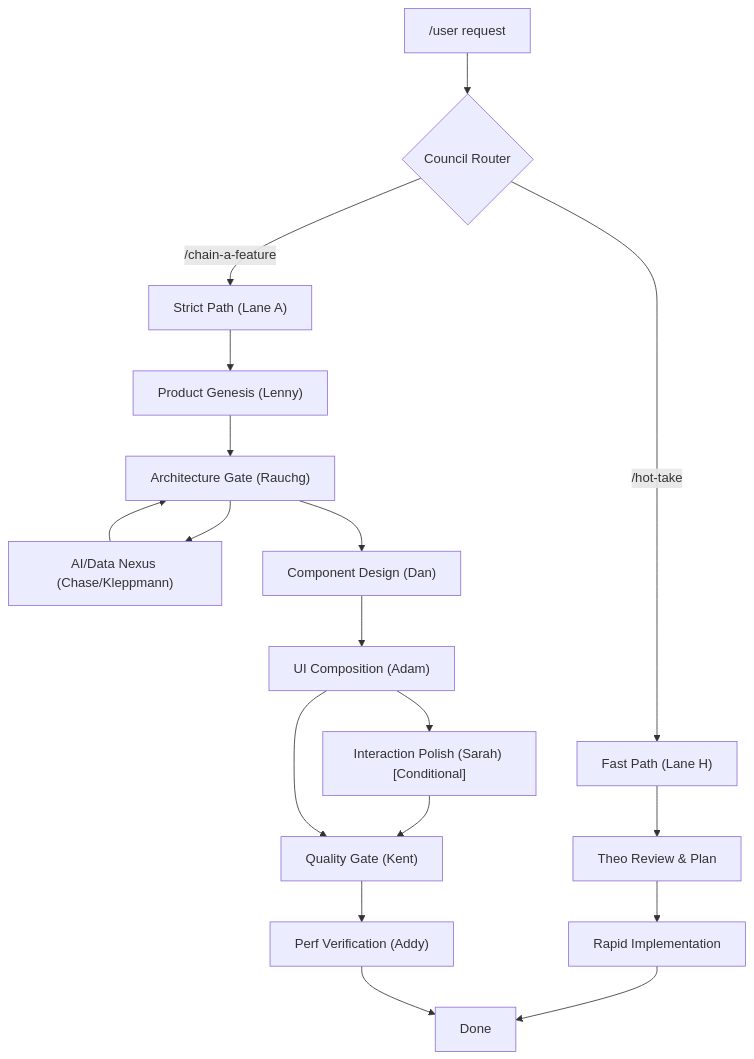
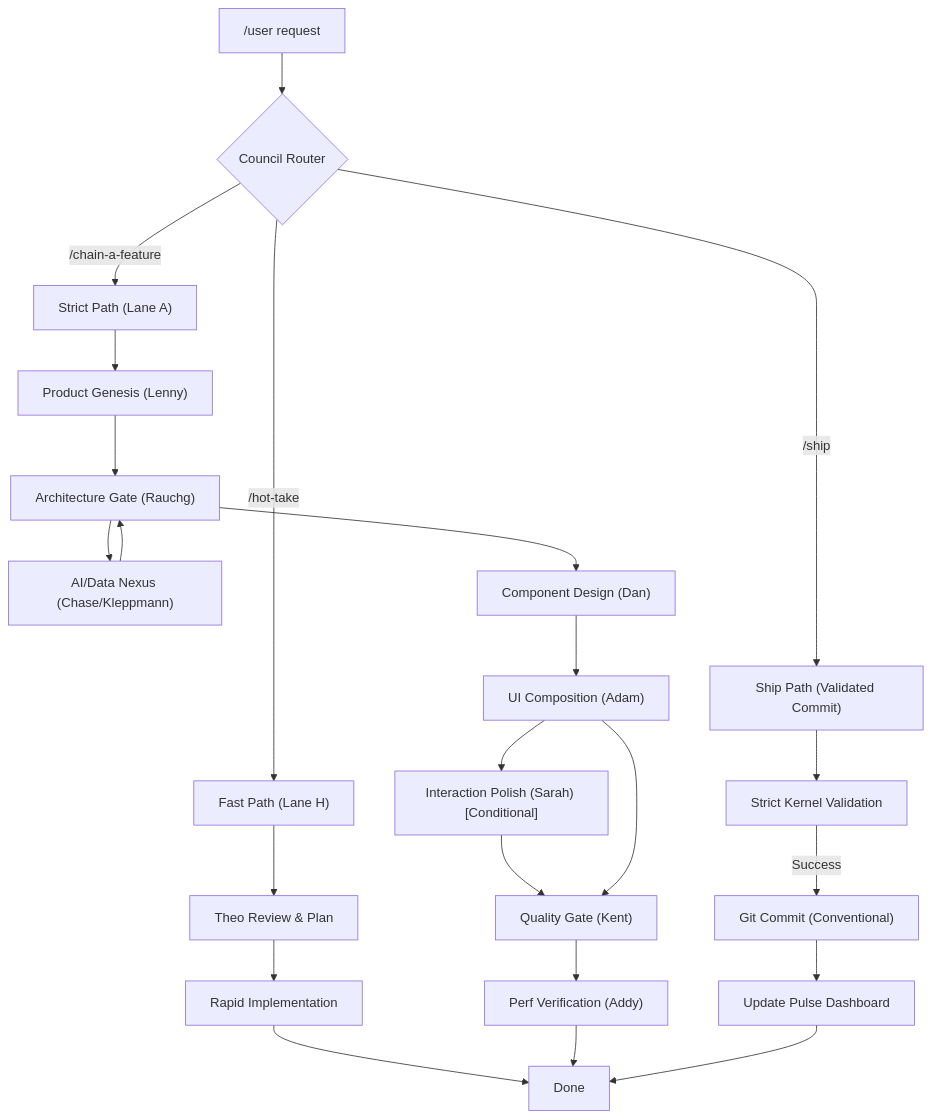
The first of 2 diagrams in README.md (JackSmack1971/fullstack-council), drawn with Mermaid before and after one commit. The commit also changed other lines of this file, not shown here.

````diff
--- a/README.md
+++ b/README.md
@@ -118,22 +119,28 @@
 ```mermaid
 graph TD
     User["/user request"] --> Router{"Council Router"}
     Router -- "/hot-take" --> Fast["Fast Path (Lane H)"]
     Router -- "/chain-a-feature" --> Strict["Strict Path (Lane A)"]
+    Router -- "/ship" --> Commit["Ship Path (Validated Commit)"]
     
     Fast --> Theo["Theo Review & Plan"]
     Theo --> Impl["Rapid Implementation"]
     Impl --> Final["Done"]
     
     Strict --> A0["Product Genesis (Lenny)"]
     A0 --> A1["Architecture Gate (Rauchg)"]
     A1 --> AI["AI/Data Nexus (Chase/Kleppmann)"]
     AI --> A1
     A1 --> A2["Component Design (Dan)"]
     A2 --> A3["UI Composition (Adam)"]
     A3 --> A35["Interaction Polish (Sarah) [Conditional]"]
     A35 --> A4["Quality Gate (Kent)"]
     A3 --> A4
     A4 --> A5["Perf Verification (Addy)"]
     A5 --> Final
+    
+    Commit --> Val["Strict Kernel Validation"]
+    Val -- Success --> GC["Git Commit (Conventional)"]
+    GC --> Pulse["Update Pulse Dashboard"]
+    Pulse --> Final
 ```
````
